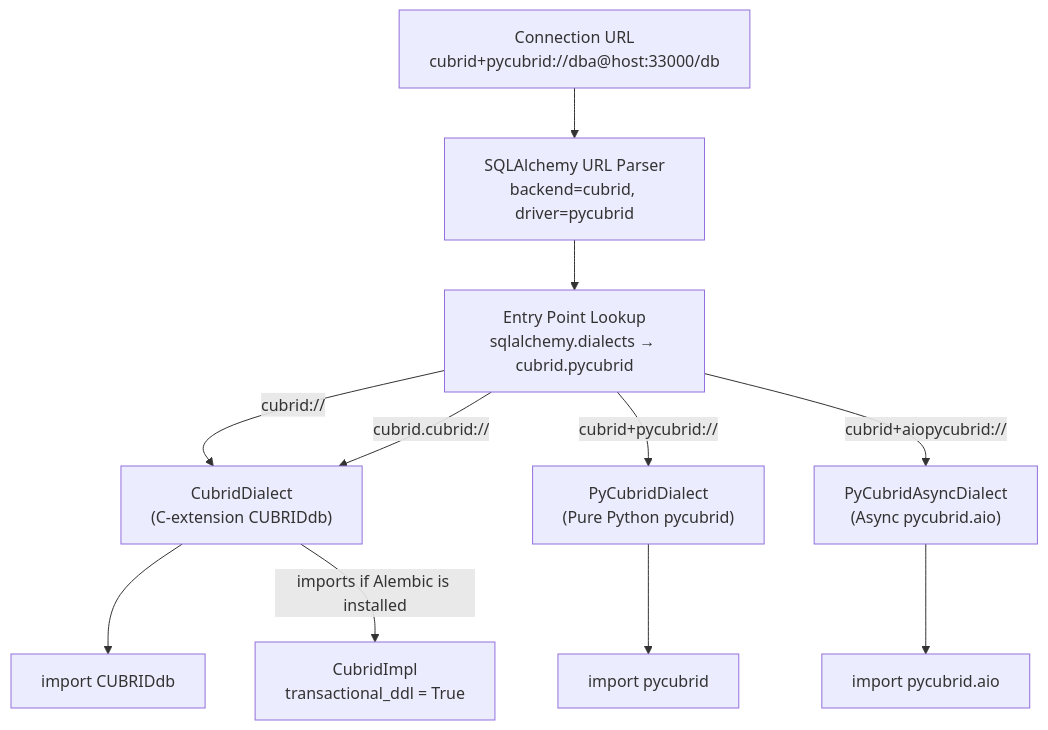
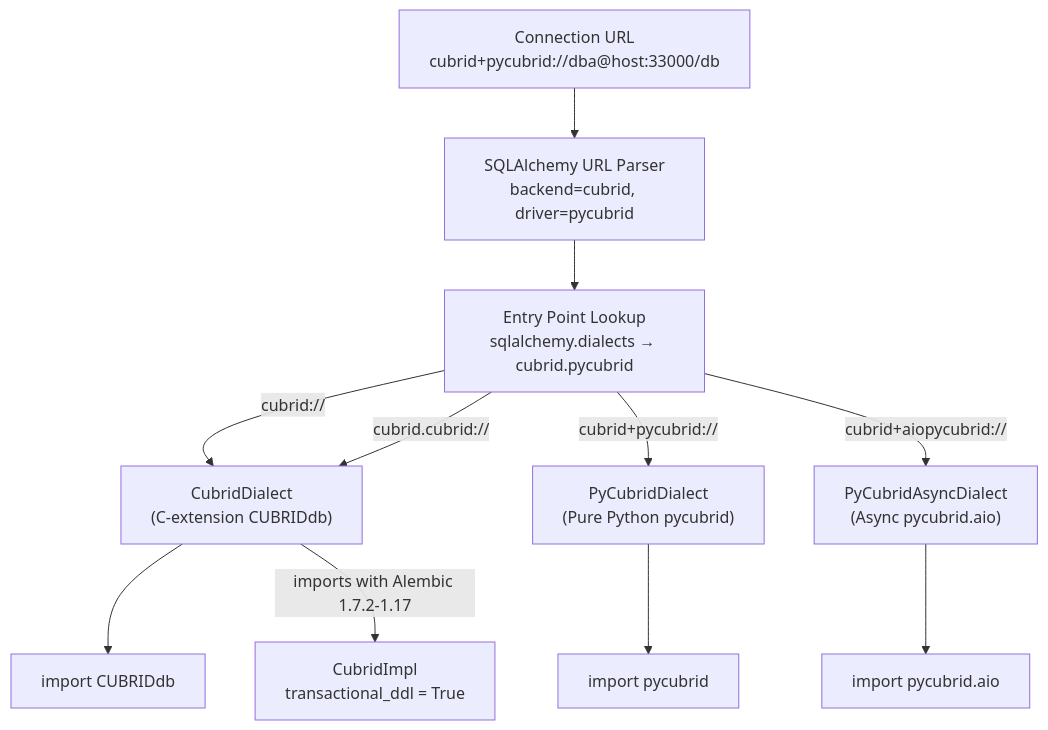
The fifth of 6 diagrams in docs/ARCHITECTURE.md (cubrid-lab/sqlalchemy-cubrid), drawn with Mermaid before and after one commit. The commit also changed other lines of this file and 19 other files, not shown here.

First line of the commit message:
perf(alembic): register CubridImpl through the alembic.plugins entry point (#616)

````diff
--- a/docs/ARCHITECTURE.md
+++ b/docs/ARCHITECTURE.md
@@ -213,20 +213,20 @@
 ```mermaid
 flowchart TD
     url["Connection URL<br/>cubrid+pycubrid://dba@host:33000/db"]
     parse["SQLAlchemy URL Parser<br/>backend=cubrid, driver=pycubrid"]
     entry["Entry Point Lookup<br/>sqlalchemy.dialects → cubrid.pycubrid"]
     
     url --> parse
     parse --> entry
     
     entry -->|"cubrid://"| cubrid_dialect["CubridDialect<br/>(C-extension CUBRIDdb)"]
     entry -->|"cubrid.cubrid://"| cubrid_dialect
     entry -->|"cubrid+pycubrid://"| pycubrid_dialect["PyCubridDialect<br/>(Pure Python pycubrid)"]
     entry -->|"cubrid+aiopycubrid://"| aio_pycubrid_dialect["PyCubridAsyncDialect<br/>(Async pycubrid.aio)"]
     
     cubrid_dialect --> import_c["import CUBRIDdb"]
     pycubrid_dialect --> import_py["import pycubrid"]
     aio_pycubrid_dialect --> import_aio["import pycubrid.aio"]
     
-    cubrid_dialect -->|"imports if Alembic is installed"| alembic_impl["CubridImpl<br/>transactional_ddl = True"]
+    cubrid_dialect -->|"imports with Alembic 1.7.2-1.17"| alembic_impl["CubridImpl<br/>transactional_ddl = True"]
 ```
````
